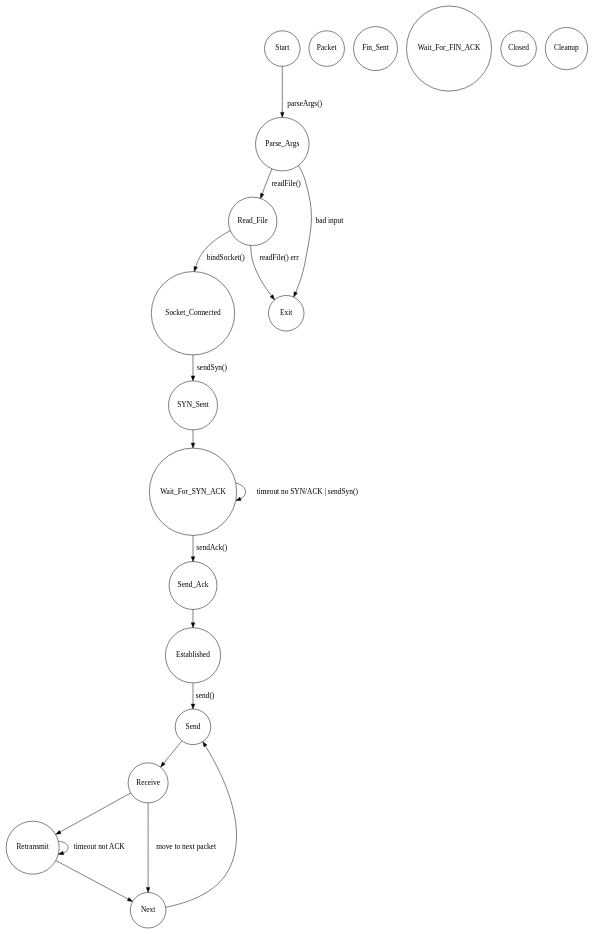
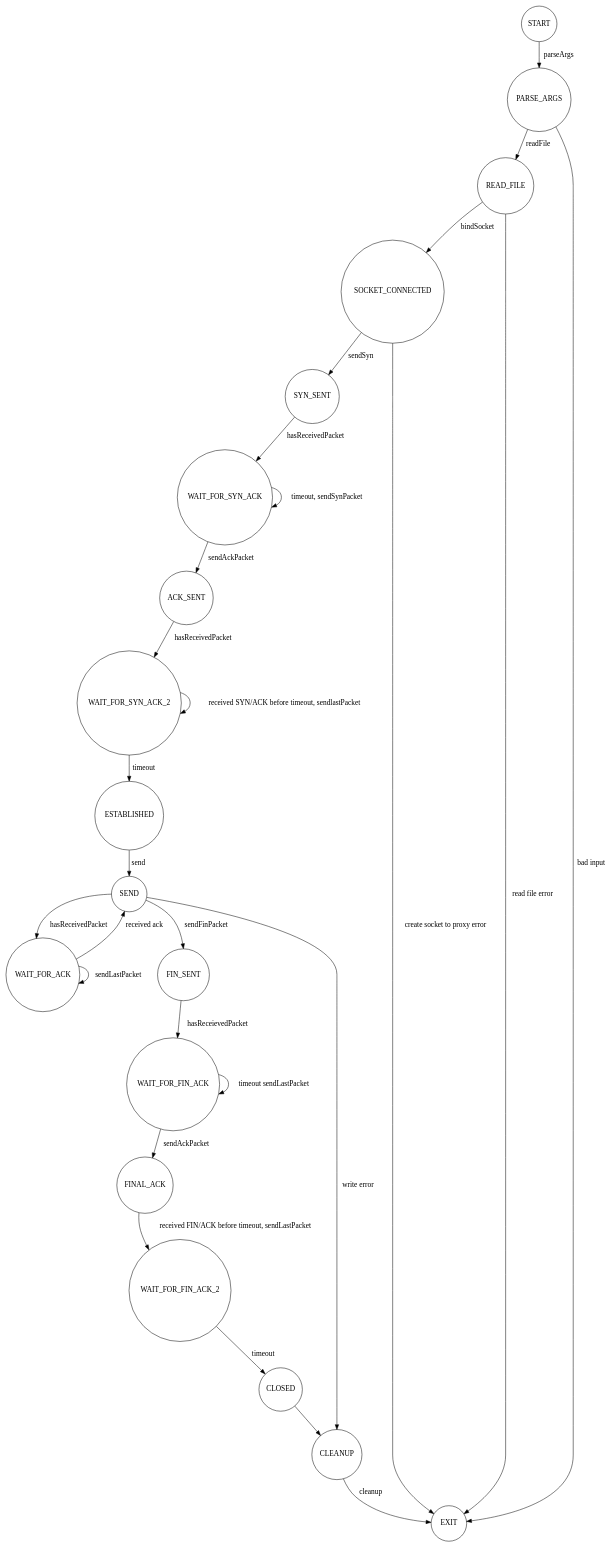
Before and after one commit to inaguu/comp7005_project: the diagram in diagrams/client.gv, drawn with Graphviz. The commit also changed 2 other files, not shown here.

Commit message:
feat: finish fsm diagrams

```diff
--- a/diagrams/client.gv
+++ b/diagrams/client.gv
@@ -1,48 +1,58 @@
 digraph Client {
   node [shape = circle; fontsize = 15; width = 1; height = 1;];
   edge [fontsize = 15;];
   
-  rankdir = "";
   
   // States
-  Start;
-  Parse_Args;
-  Read_File;
-  Socket_Connected;
-  SYN_Sent;
-  Wait_For_SYN_ACK;
-  Send_Ack;
-  Established;
-  Send;
-  Receive;
-  Retransmit;
-  Next;
-  Packet;
-  Fin_Sent;
-  Wait_For_FIN_ACK;
-  Closed;
-  Cleanup;
-  Exit;
+  START;
+  PARSE_ARGS;
+  READ_FILE;
+  SOCKET_CONNECTED;
+  SYN_SENT;
+  WAIT_FOR_SYN_ACK;
+  WAIT_FOR_SYN_ACK_2;
+  ACK_SENT;
+  ESTABLISHED;
+  SEND;
+  WAIT_FOR_ACK;
+  FIN_SENT;
+  WAIT_FOR_FIN_ACK;
+  WAIT_FOR_FIN_ACK_2;
+  FINAL_ACK;
+  CLOSED;
+  CLEANUP;
+  EXIT;
   
   // Transitions
-  Start -> Parse_Args [label = "parseArgs()";];
-  Parse_Args -> Read_File [label = "readFile()";];
-  Read_File -> Socket_Connected [label = "bindSocket()";];
-  Socket_Connected -> SYN_Sent [label = "sendSyn()";];
+  START -> PARSE_ARGS [label = "parseArgs";];
+  PARSE_ARGS -> READ_FILE [label = "readFile";];
+  READ_FILE -> SOCKET_CONNECTED [label = "bindSocket";];
+  SOCKET_CONNECTED -> SYN_SENT [label = "sendSyn";];
   
-  SYN_Sent -> Wait_For_SYN_ACK;
-  Wait_For_SYN_ACK -> Wait_For_SYN_ACK [label = "timeout no SYN/ACK | sendSyn()";];
-  Wait_For_SYN_ACK -> Send_Ack [label = "sendAck()";];
-  Send_Ack -> Established;
+  SYN_SENT -> WAIT_FOR_SYN_ACK [label = "hasReceivedPacket";];
+  WAIT_FOR_SYN_ACK -> WAIT_FOR_SYN_ACK [label = "timeout, sendSynPacket";];
+  WAIT_FOR_SYN_ACK -> ACK_SENT [label = "sendAckPacket";];
+  ACK_SENT -> WAIT_FOR_SYN_ACK_2 [label = "hasReceivedPacket";];
+  WAIT_FOR_SYN_ACK_2 -> WAIT_FOR_SYN_ACK_2 [label = "received SYN/ACK before timeout, sendlastPacket";];
+  WAIT_FOR_SYN_ACK_2 -> ESTABLISHED [label = "timeout";];
   
-  Established -> Send [label = "send()";];
-  Send -> Receive;
-  Receive -> Retransmit;
-  Receive -> Next [label = "move to next packet";];
-  Retransmit -> Next;
-  Retransmit -> Retransmit [label = "timeout not ACK";];
-  Next -> Send;
+  ESTABLISHED -> SEND [label = "send";];
+  SEND -> WAIT_FOR_ACK [label = "hasReceivedPacket";];
+  WAIT_FOR_ACK -> WAIT_FOR_ACK [label = "sendLastPacket";];
+  WAIT_FOR_ACK -> SEND [label = "received ack";];
   
-  Parse_Args -> Exit [label = "bad input";];
-  Read_File -> Exit [label = "readFile() err";];
+  SEND -> FIN_SENT [label = "sendFinPacket";];
+  FIN_SENT -> WAIT_FOR_FIN_ACK [label = "hasReceievedPacket";];
+  WAIT_FOR_FIN_ACK -> WAIT_FOR_FIN_ACK [label = "timeout sendLastPacket";];
+  WAIT_FOR_FIN_ACK -> FINAL_ACK [label = "sendAckPacket";];
+  FINAL_ACK -> WAIT_FOR_FIN_ACK_2 [label = "received FIN/ACK before timeout, sendLastPacket";];
+  WAIT_FOR_FIN_ACK_2 -> CLOSED [label = "timeout";];
+  
+  CLOSED -> CLEANUP;
+  CLEANUP -> EXIT [label = "cleanup";];
+  
+  PARSE_ARGS -> EXIT [label = "bad input";];
+  READ_FILE -> EXIT [label = "read file error";];
+  SOCKET_CONNECTED -> EXIT [label = "create socket to proxy error";];
+  SEND -> CLEANUP [label = "write error";];
 }
```
